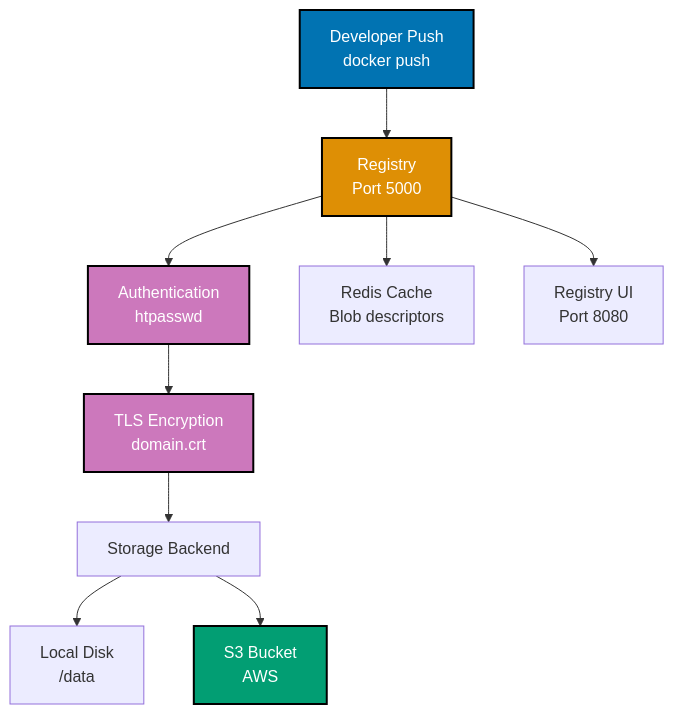
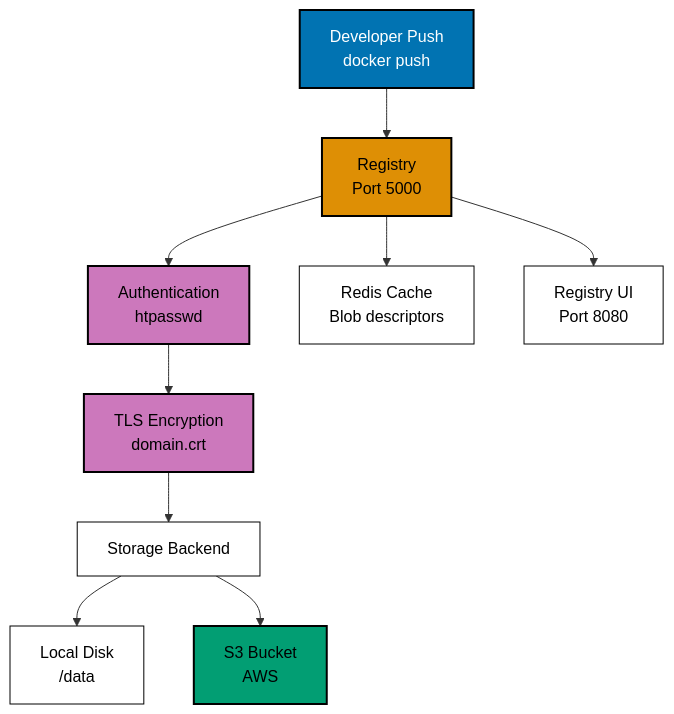
The fifth of 14 diagrams in apps/ayokoding-www/content/en/learn/legacy/software-engineering/infrastructure/tools/docker/by-example/advanced.md (wahidyankf/ose-public), drawn with Mermaid before and after one commit. The commit also changed other lines of this file and 131 other files, not shown here.

First line of the commit message:
fix(mermaid): bring the legacy data, infrastructure, and testing diagrams onto the accessible palette

````diff
--- a/apps/ayokoding-www/content/en/learn/legacy/software-engineering/infrastructure/tools/docker/by-example/advanced.md
+++ b/apps/ayokoding-www/content/en/learn/legacy/software-engineering/infrastructure/tools/docker/by-example/advanced.md
@@ -1556,19 +1581,26 @@
 ```mermaid
 %% Color Palette: Blue #0173B2, Orange #DE8F05, Teal #029E73, Purple #CC78BC, Brown #CA9161
 %% Registry infrastructure
 graph TD
+ accTitle: Example 64: Private Docker Registry
+ accDescr: Graph with 9 nodes and 8 connections. Nodes: Developer Push docker push, Registry Port 5000, Authentication htpasswd, TLS Encryption domain.crt, Storage Backend, Local Disk /data, S3 Bucket AWS, Redis Cache Blob descriptors, Registry UI Port 8080. Connections: Developer Push docker push to Registry Port 5000, Registry Port 5000 to Authentication htpasswd, Authentication htpasswd to TLS Encryption domain.crt, TLS Encryption domain.crt to Storage Backend, Storage Backend to Local Disk /data, Storage Backend to S3 Bucket AWS, Registry Port 5000 to Redis Cache Blob descriptors, Registry Port 5000 to Registry UI Port 8080.
  A["Developer Push<br/>docker push"] --> B["Registry<br/>Port 5000"]
  B --> C["Authentication<br/>htpasswd"]
  C --> D["TLS Encryption<br/>domain.crt"]
  D --> E["Storage Backend"]
  E --> E1["Local Disk<br/>/data"]
  E --> E2["S3 Bucket<br/>AWS"]
  B --> F["Redis Cache<br/>Blob descriptors"]
  B --> G["Registry UI<br/>Port 8080"]
 
- style A fill:#0173B2,stroke:#000000,stroke-width:2px,color:#fff
- style B fill:#DE8F05,stroke:#000000,stroke-width:2px,color:#fff
- style C fill:#CC78BC,stroke:#000000,stroke-width:2px,color:#fff
- style D fill:#CC78BC,stroke:#000000,stroke-width:2px,color:#fff
- style E2 fill:#029E73,stroke:#000000,stroke-width:2px,color:#fff
+ classDef pal-0173B2 fill:#0173B2,stroke:#000000,color:#FFFFFF,stroke-width:2px
+ class A pal-0173B2
+ classDef pal-DE8F05 fill:#DE8F05,stroke:#000000,color:#000000,stroke-width:2px
+ class B pal-DE8F05
+ classDef pal-CC78BC fill:#CC78BC,stroke:#000000,color:#000000,stroke-width:2px
+ class C pal-CC78BC
+ class D pal-CC78BC
+ classDef pal-029E73 fill:#029E73,stroke:#000000,color:#000000,stroke-width:2px
+ class E2 pal-029E73
+ classDef default fill:#FFFFFF,stroke:#000000,color:#000000
 ```
````
